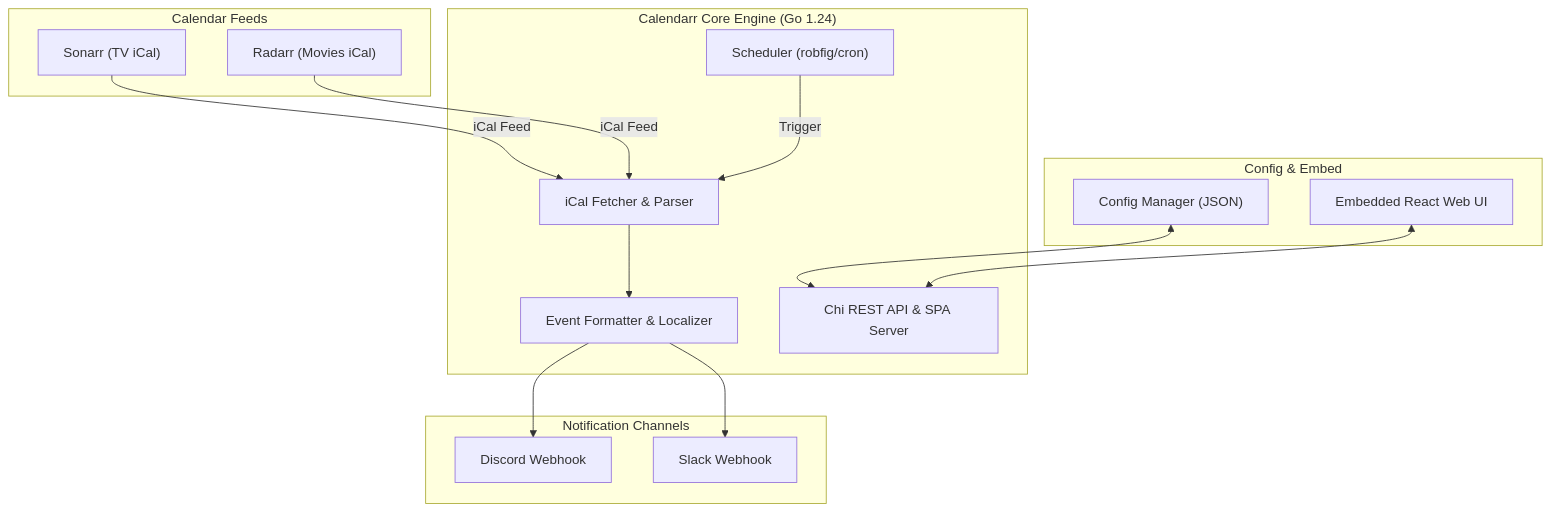
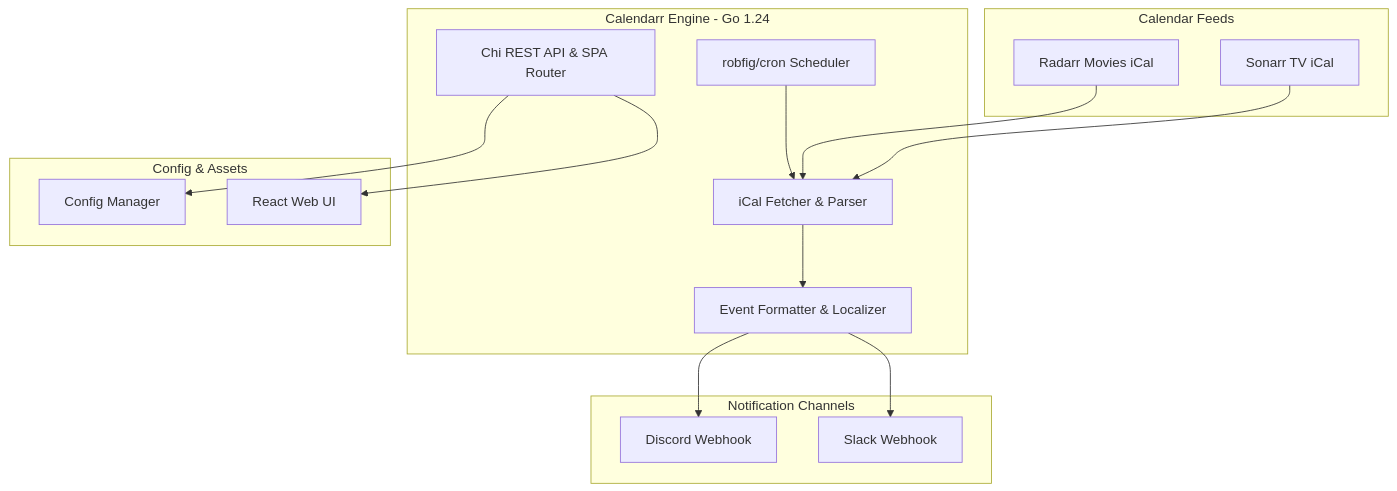
One commit to khw315/calendarr changed the diagram in README.md. Above: the diagram before and after it, drawn with Mermaid.

Commit message:
docs(readme): simplify Mermaid diagram syntax for universal rendering compatibility

````diff
--- a/README.md
+++ b/README.md
@@ -14,33 +14,33 @@
 ```mermaid
 flowchart TD
-    subgraph Feeds [" Calendar Feeds "]
-        Sonarr[" Sonarr (TV iCal) "]
-        Radarr[" Radarr (Movies iCal) "]
+    subgraph Feeds[Calendar Feeds]
+        Sonarr[Sonarr TV iCal]
+        Radarr[Radarr Movies iCal]
     end
 
-    subgraph Core [" Calendarr Core Engine (Go 1.24) "]
-        Scheduler[" Scheduler (robfig/cron) "]
-        Fetcher[" iCal Fetcher & Parser "]
-        Formatter[" Event Formatter & Localizer "]
-        Router[" Chi REST API & SPA Server "]
+    subgraph Core[Calendarr Engine - Go 1.24]
+        Scheduler[robfig/cron Scheduler]
+        Fetcher[iCal Fetcher & Parser]
+        Formatter[Event Formatter & Localizer]
+        Router[Chi REST API & SPA Router]
     end
 
-    subgraph Storage [" Config & Embed "]
-        Config[" Config Manager (JSON) "]
-        WebUI[" Embedded React Web UI "]
+    subgraph Storage[Config & Assets]
+        Config[Config Manager]
+        WebUI[React Web UI]
     end
 
-    subgraph Outputs [" Notification Channels "]
-        Discord[" Discord Webhook "]
-        Slack[" Slack Webhook "]
+    subgraph Outputs[Notification Channels]
+        Discord[Discord Webhook]
+        Slack[Slack Webhook]
     end
 
-    Sonarr -->|iCal Feed| Fetcher
-    Radarr -->|iCal Feed| Fetcher
-    Scheduler -->|Trigger| Fetcher
+    Sonarr --> Fetcher
+    Radarr --> Fetcher
+    Scheduler --> Fetcher
     Fetcher --> Formatter
     Formatter --> Discord
     Formatter --> Slack
-    Config <--> Router
-    WebUI <--> Router
+    Router --> Config
+    Router --> WebUI
 ```
````
